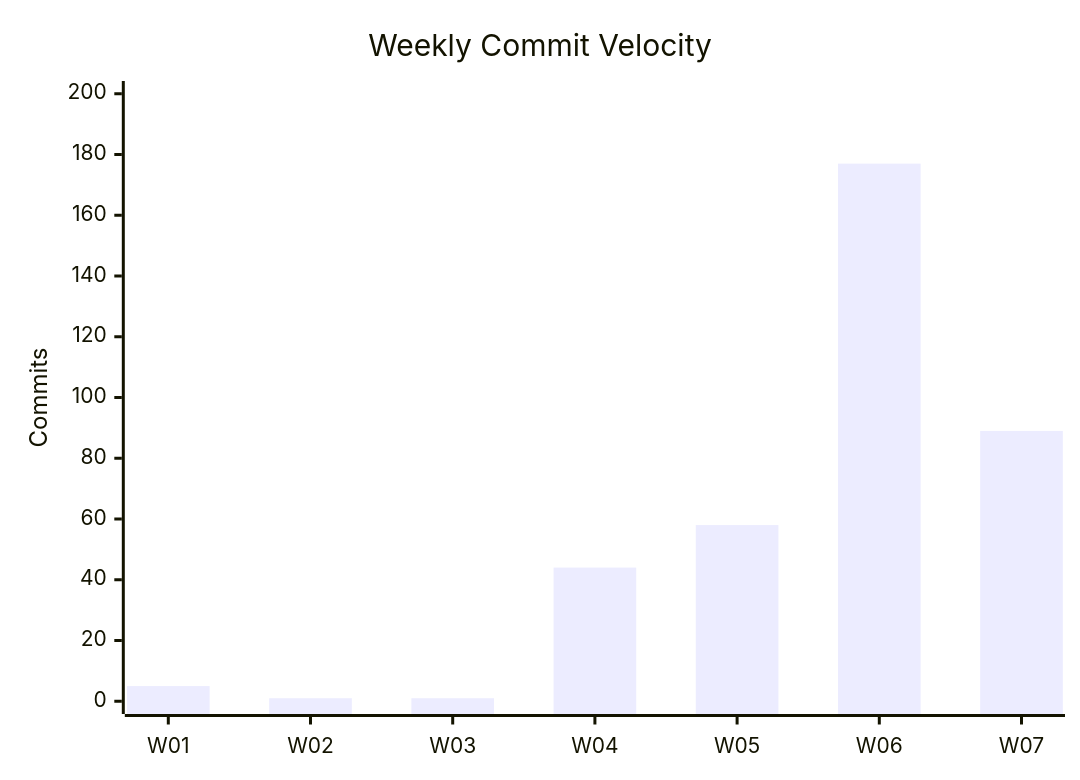
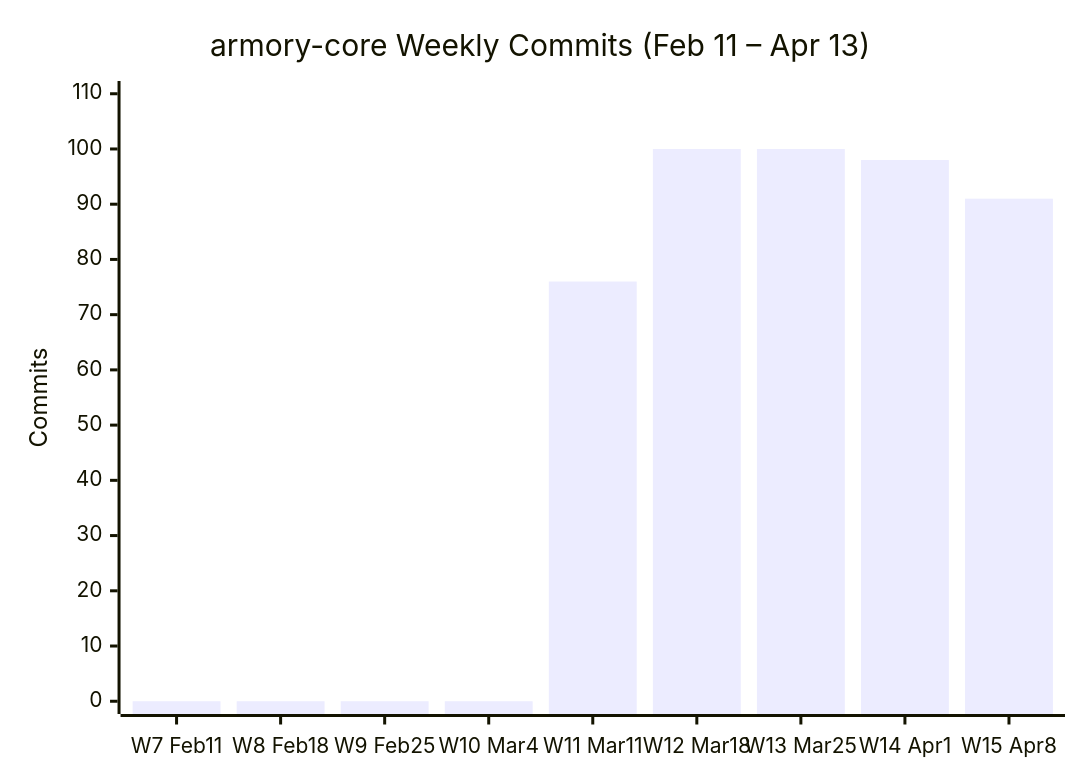
The first of 3 diagrams in code-stats.md (fusion94/fusion94), drawn with Mermaid before and after one commit. The commit also changed other lines of this file, not shown here.

````diff
--- a/code-stats.md
+++ b/code-stats.md
@@ -52,7 +48,7 @@
 ```mermaid
 xychart-beta
-    title "Weekly Commit Velocity"
-    x-axis ["W01", "W02", "W03", "W04", "W05", "W06", "W07"]
-    y-axis "Commits" 0 --> 200
-    bar [5, 1, 1, 44, 58, 177, 89]
+  title "armory-core Weekly Commits (Feb 11 – Apr 13)"
+  x-axis ["W7 Feb11", "W8 Feb18", "W9 Feb25", "W10 Mar4", "W11 Mar11", "W12 Mar18", "W13 Mar25", "W14 Apr1", "W15 Apr8"]
+  y-axis "Commits" 0 --> 110
+  bar [0, 0, 0, 0, 76, 100, 100, 98, 91]
 ```
````
